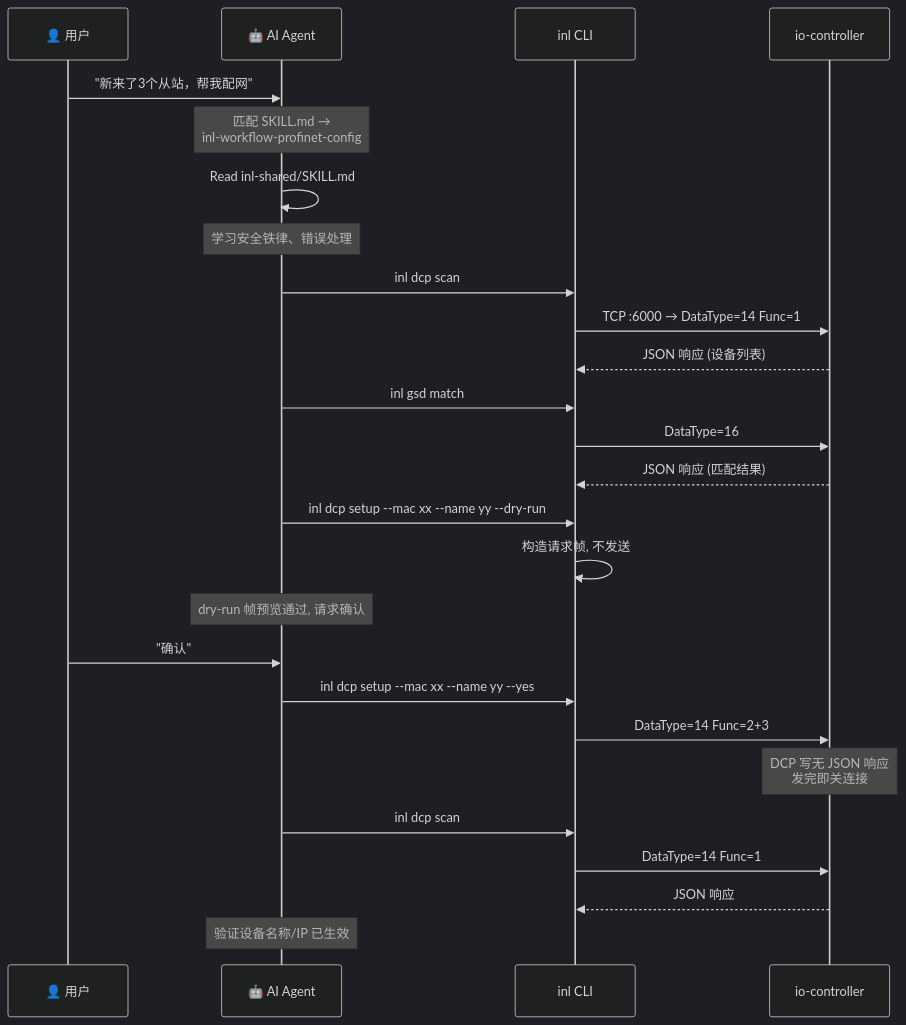
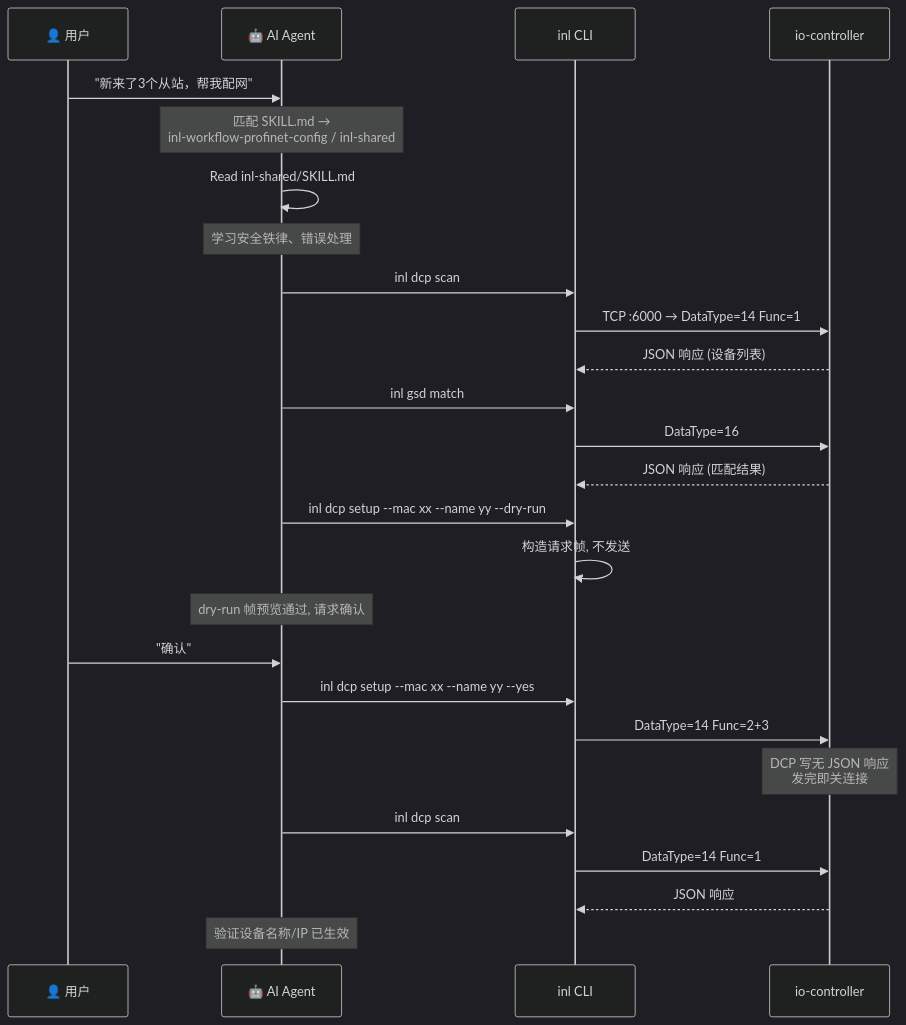
The second of 2 diagrams in docs/inl-prd.md (hqy2435662352/inl), drawn with Mermaid (dark theme) before and after one commit. The commit also changed other lines of this file and 9 other files, not shown here.

First line of the commit message:
skills: 裁剪 inl-workflow-profinet-write，新增 inl-workflow-profinet-dcp

````diff
--- a/docs/inl-prd.md
+++ b/docs/inl-prd.md
@@ -156,36 +156,36 @@
 ```mermaid
 sequenceDiagram
     participant User as 👤 用户
     participant AI as 🤖 AI Agent
     participant CLI as inl CLI
     participant NRC as io-controller
 
     User->>AI: "新来了3个从站，帮我配网"
 
-    Note over AI: 匹配 SKILL.md →<br/>inl-workflow-profinet-config
+    Note over AI: 匹配 SKILL.md →<br/>inl-workflow-profinet-config / inl-shared
 
     AI->>AI: Read inl-shared/SKILL.md
     Note over AI: 学习安全铁律、错误处理
 
     AI->>CLI: inl dcp scan
     CLI->>NRC: TCP :6000 → DataType=14 Func=1
     NRC-->>CLI: JSON 响应 (设备列表)
 
     AI->>CLI: inl gsd match
     CLI->>NRC: DataType=16
     NRC-->>CLI: JSON 响应 (匹配结果)
 
     AI->>CLI: inl dcp setup --mac xx --name yy --dry-run
     CLI->>CLI: 构造请求帧, 不发送
 
     Note over AI: dry-run 帧预览通过, 请求确认
     User->>AI: "确认"
     AI->>CLI: inl dcp setup --mac xx --name yy --yes
     CLI->>NRC: DataType=14 Func=2+3
     Note over NRC: DCP 写无 JSON 响应<br/>发完即关连接
 
     AI->>CLI: inl dcp scan
     CLI->>NRC: DataType=14 Func=1
     NRC-->>CLI: JSON 响应
     Note over AI: 验证设备名称/IP 已生效
 ```
````
